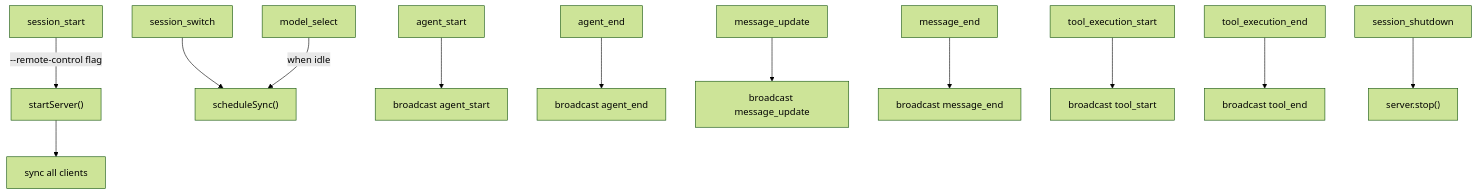
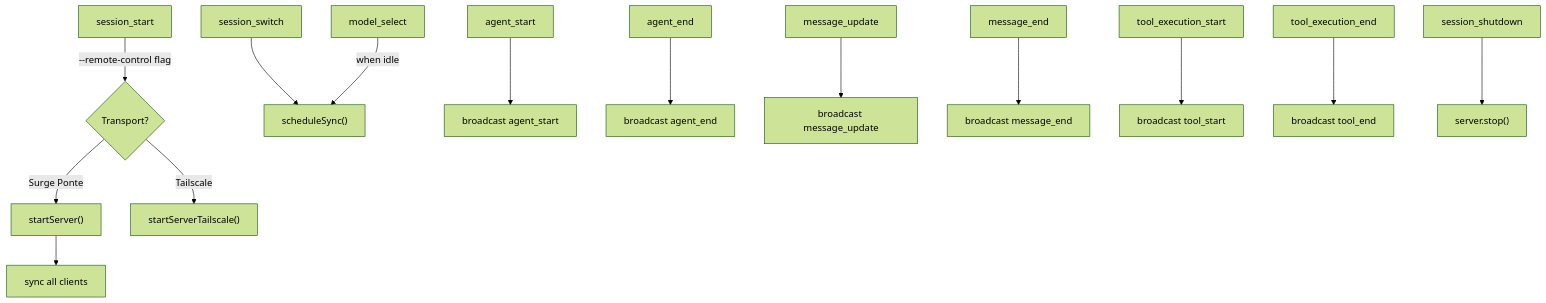
One commit to goofansu/pi-remote-control changed the third of 3 diagrams in docs/ARCHITECTURE.md. Above: the diagram before and after it, drawn with Mermaid (forest theme). The commit also changed other lines of this file and 6 other files, not shown here.

First line of the commit message:
feat: add Tailscale transport mode for Android/iOS access

````diff
--- a/docs/ARCHITECTURE.md
+++ b/docs/ARCHITECTURE.md
@@ -123,17 +136,19 @@
 ```mermaid
 flowchart TD
-    SS["session_start"] -->|--remote-control flag| START["startServer()"]
+    SS["session_start"] -->|--remote-control flag| MODE{"Transport?"}
+    MODE -->|Surge Ponte| START["startServer()"]
+    MODE -->|Tailscale| START_TS["startServerTailscale()"]
     START --> SYNC0["sync all clients"]
 
     SW["session_switch"] --> SYNC1["scheduleSync()"]
     MS["model_select"] -->|when idle| SYNC1
 
     AGs["agent_start"] --> B1["broadcast agent_start"]
     AGe["agent_end"]   --> B2["broadcast agent_end"]
     MU["message_update"] --> B3["broadcast message_update"]
     ME["message_end"]    --> B4["broadcast message_end"]
     TS["tool_execution_start"] --> B5["broadcast tool_start"]
     TE["tool_execution_end"]   --> B6["broadcast tool_end"]
 
     SD["session_shutdown"] --> STOP["server.stop()"]
 ```
````
